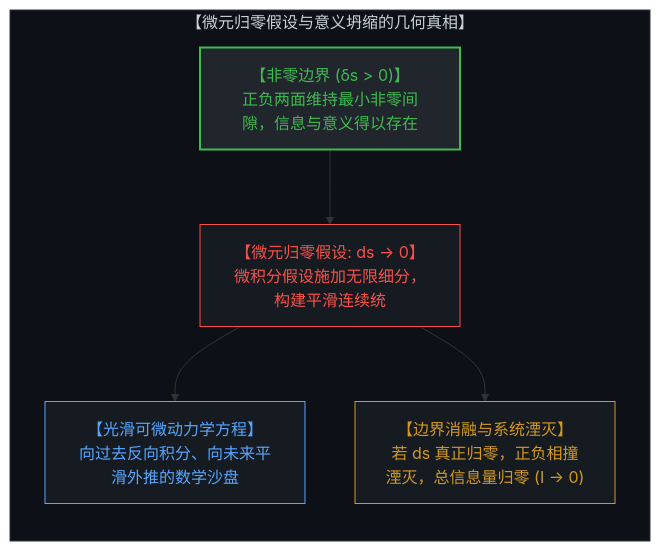
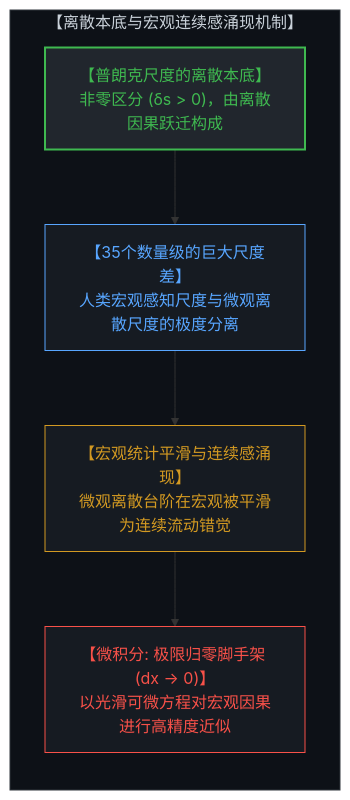
Before and after one commit to powerpig99/not-a-toe: the third of 6 diagrams in content/posts/the-illusion-of-the-tool-and-the-inversion-of-time.md, drawn with Mermaid. The commit also changed other lines of this file and 3 other files, not shown here.

Commit message:
Clarify representational validity of physics, discrete origin of scale invariance, and emergent continuity in Post #313

````diff
--- a/content/posts/the-illusion-of-the-tool-and-the-inversion-of-time.md
+++ b/content/posts/the-illusion-of-the-tool-and-the-inversion-of-time.md
@@ -116,18 +133,18 @@
 ```mermaid
 graph TD
-    subgraph ContinuumMirage["【微元归零假设与意义坍缩的几何真相】"]
+    subgraph DiscreteToContinuous["【离散本底与宏观连续感涌现机制】"]
         direction TB
-        NonZeroBoundary["【非零边界 (δs > 0)】<br>正负两面维持最小非零间隙，信息与意义得以存在"]
-        InfinitesimalAssumption["【微元归零假设: ds → 0】<br>微积分假设施加无限细分，构建平滑连续统"]
-        SmoothCalculus["【光滑可微动力学方程】<br>向过去反向积分、向未来平滑外推的数学沙盘"]
-        BoundaryCollapseWarning["【边界消融与系统湮灭】<br>若 ds 真正归零，正负相撞湮灭，总信息量归零 (I → 0)"]
-        NonZeroBoundary --> InfinitesimalAssumption
-        InfinitesimalAssumption --> SmoothCalculus
-        InfinitesimalAssumption --> BoundaryCollapseWarning
+        PlanckDiscreteness["【普朗克尺度的离散本底】<br>非零区分 (δs > 0)，由离散因果跃迁构成"]
+        ScaleDifference["【35个数量级的巨大尺度差】<br>人类宏观感知尺度与微观离散尺度的极度分离"]
+        StatisticalSmoothing["【宏观统计平滑与连续感涌现】<br>微观离散台阶在宏观被平滑为连续流动错觉"]
+        CalculusScaffolding["【微积分: 极限归零脚手架 (dx → 0)】<br>以光滑可微方程对宏观因果进行高精度近似"]
+        PlanckDiscreteness --> ScaleDifference
+        ScaleDifference --> StatisticalSmoothing
+        StatisticalSmoothing --> CalculusScaffolding
     end
-    style ContinuumMirage fill:#0d1117,stroke:#30363d,stroke-width:1px,color:#c9d1d9
-    style NonZeroBoundary fill:#21262d,stroke:#3fb950,stroke-width:2px,color:#3fb950
-    style InfinitesimalAssumption fill:#161b22,stroke:#f85149,stroke-width:1px,color:#f85149
-    style SmoothCalculus fill:#161b22,stroke:#58a6ff,stroke-width:1px,color:#58a6ff
-    style BoundaryCollapseWarning fill:#161b22,stroke:#d29922,stroke-width:1px,color:#d29922
+    style DiscreteToContinuous fill:#0d1117,stroke:#30363d,stroke-width:1px,color:#c9d1d9
+    style PlanckDiscreteness fill:#21262d,stroke:#3fb950,stroke-width:2px,color:#3fb950
+    style ScaleDifference fill:#161b22,stroke:#58a6ff,stroke-width:1px,color:#58a6ff
+    style StatisticalSmoothing fill:#161b22,stroke:#d29922,stroke-width:1px,color:#d29922
+    style CalculusScaffolding fill:#161b22,stroke:#f85149,stroke-width:1px,color:#f85149
 ```
````
